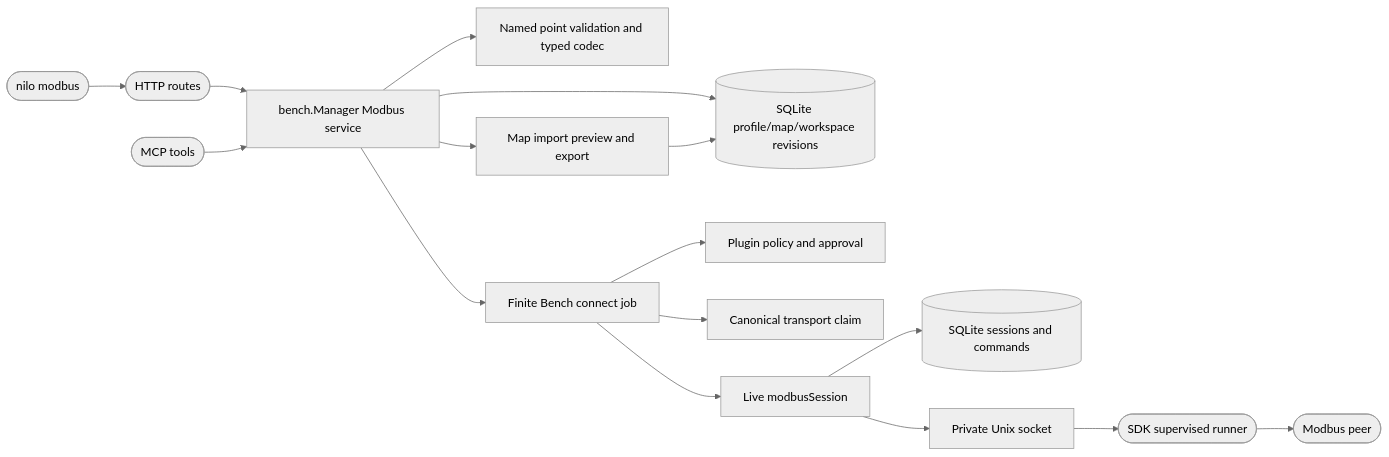
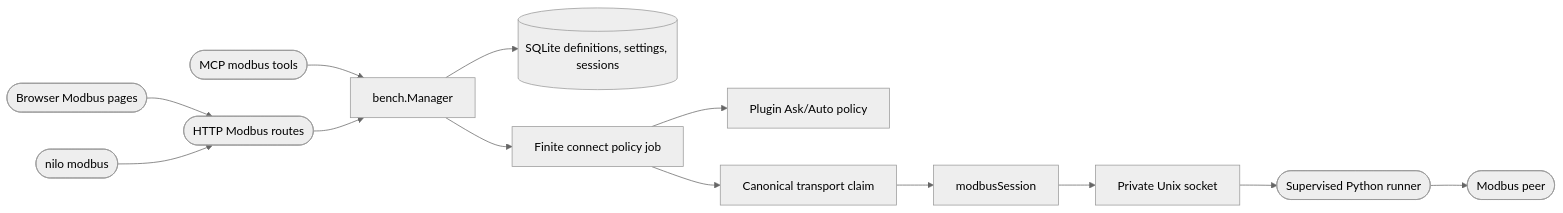
Before and after one commit to DDP-Engineering/2026_Networked_Intelligent_Lab_Orchestrator: the diagram in .agentic/knowledge/modbus-integration.md, drawn with Mermaid (neutral theme). The commit also changed other lines of this file and 49 other files, not shown here.

````diff
--- a/.agentic/knowledge/modbus-integration.md
+++ b/.agentic/knowledge/modbus-integration.md
@@ -180,18 +65,15 @@
 ```mermaid
 flowchart LR
-  HTTP([HTTP routes]) --> M[bench.Manager Modbus service]
-  CLI([nilo modbus]) --> HTTP
-  MCP([MCP tools]) --> M
-  M --> V[Named point validation and typed codec]
-  M --> I[Map import preview and export]
-  M --> H[(SQLite profile/map/workspace revisions)]
-  I --> H
-  M --> J[Finite Bench connect job]
-  J --> P[Plugin policy and approval]
-  J --> L[Canonical transport claim]
-  J --> S[Live modbusSession]
-  S --> D[(SQLite sessions and commands)]
-  S --> R[Private Unix socket]
-  R --> W([SDK supervised runner])
-  W --> Peer([Modbus peer])
+    UI([Browser Modbus pages]) --> API([HTTP Modbus routes])
+    CLI([nilo modbus]) --> API
+    MCP([MCP modbus tools]) --> Manager[bench.Manager]
+    API --> Manager
+    Manager --> DB[(SQLite definitions, settings, sessions)]
+    Manager --> Job[Finite connect policy job]
+    Job --> Policy[Plugin Ask/Auto policy]
+    Job --> Claim[Canonical transport claim]
+    Claim --> Session[modbusSession]
+    Session --> Socket[Private Unix socket]
+    Socket --> Runner([Supervised Python runner])
+    Runner --> Peer([Modbus peer])
 ```
````
